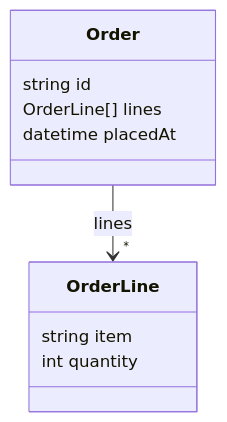
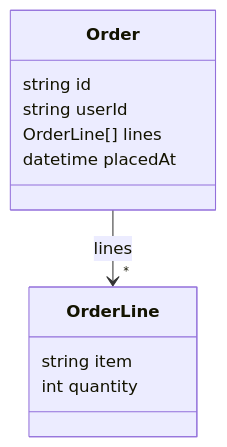
The fifth of 9 diagrams in README.ja.md (mew-ton/hozo), drawn with Mermaid before and after one commit. The commit also changed other lines of this file and 3 other files, not shown here.

````diff
--- a/README.ja.md
+++ b/README.ja.md
@@ -163,13 +163,14 @@
 ```mermaid
 classDiagram
   class Order {
     string id
+    string userId
     OrderLine[] lines
     datetime placedAt
   }
   class OrderLine {
     string item
     int quantity
   }
   Order --> "*" OrderLine : lines
 ```
````
